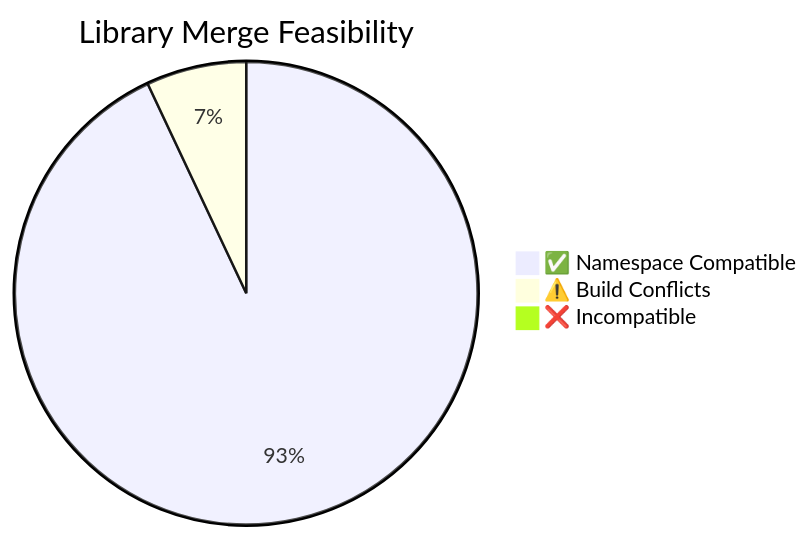
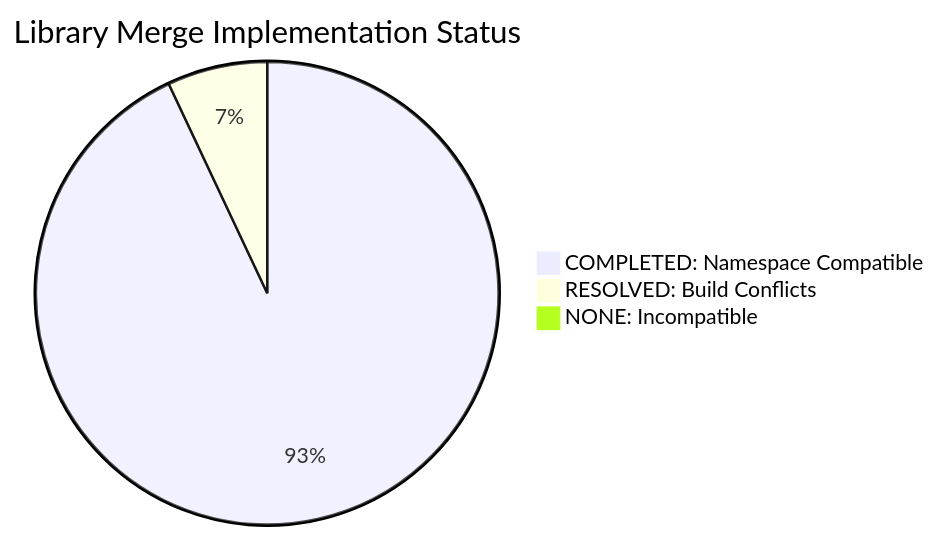
Before and after one commit to uclgsr/IRCamera: diagram 12 of 13 in MERMAID_DIAGRAMS.md, drawn with Mermaid. The commit also changed other lines of this file and 7 other files, not shown here.

````diff
--- a/MERMAID_DIAGRAMS.md
+++ b/MERMAID_DIAGRAMS.md
@@ -588,6 +597,6 @@
 ```mermaid
-pie title Library Merge Feasibility
-    "✅ Namespace Compatible" : 598
-    "⚠️ Build Conflicts" : 45  
-    "❌ Incompatible" : 0
+pie title Library Merge Implementation Status
+    "COMPLETED: Namespace Compatible" : 598
+    "RESOLVED: Build Conflicts" : 45  
+    "NONE: Incompatible" : 0
 ```
````
